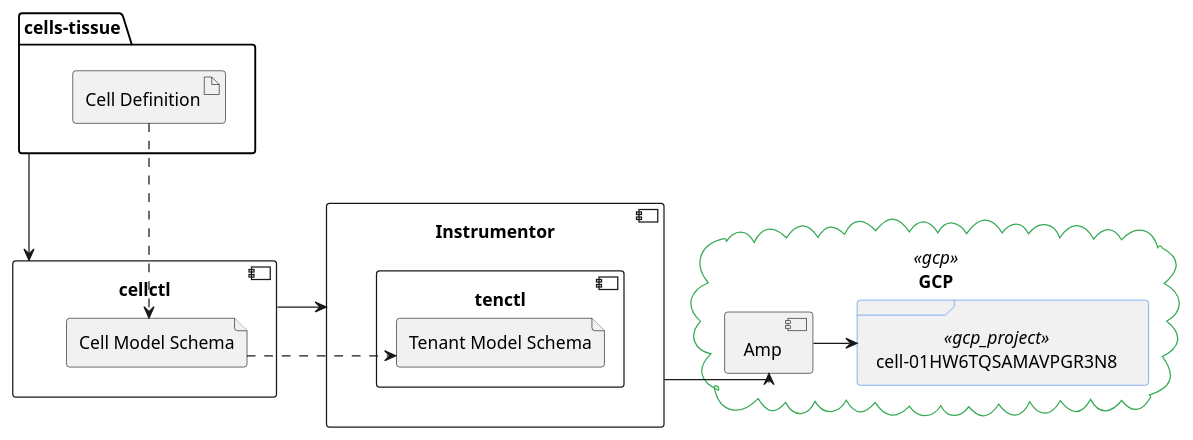
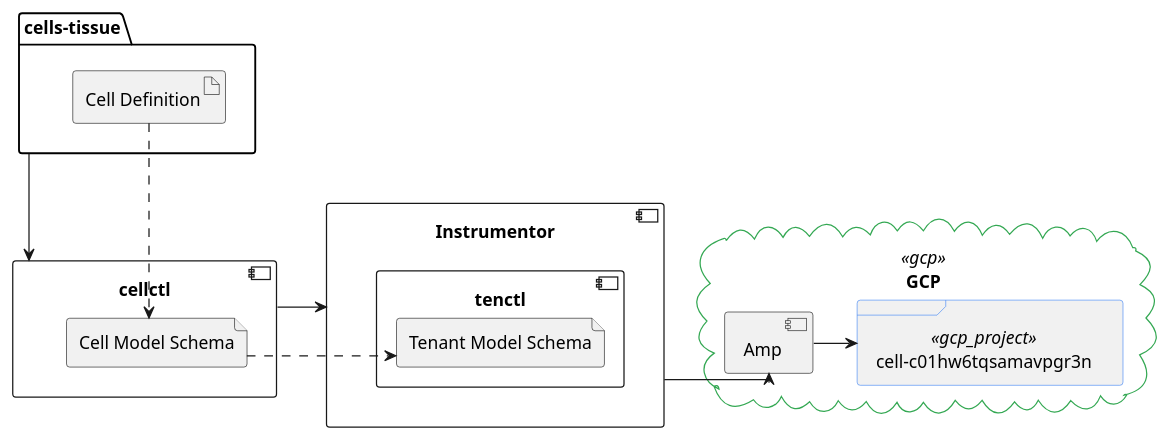
Before and after one commit to secretstartups/handbook: the third of 5 diagrams in content/handbook/engineering/architecture/design-documents/cells/infrastructure/cell_arch_tooling.md, drawn with PlantUML. The commit also changed other lines of this file, not shown here.

````diff
--- a/content/handbook/engineering/architecture/design-documents/cells/infrastructure/cell_arch_tooling.md
+++ b/content/handbook/engineering/architecture/design-documents/cells/infrastructure/cell_arch_tooling.md
@@ -366,43 +358,43 @@
 ```plantuml
 @startuml
 skinparam linetype polyline
 skinparam linetype ortho
 skinparam frame {
   borderColor<<gcp_project>> #4285F4
 }
 skinparam cloud {
   borderColor<<gcp>> #34A853
 }
 
 folder cells-tissue {
   artifact "Cell Definition" as celldef
 }
 
 component cellctl {
   file "Cell Model Schema" as cellmodel
 }
 
 "cells-tissue" -> cellctl
 celldef -.> cellmodel
 
 component Instrumentor as instrumentor {
   component tenctl {
     file "Tenant Model Schema" as dedicatedmodel
   }
 }
 
 cellctl -> instrumentor
 
 cloud GCP <<gcp>> {
   component Amp as amp
 
-  frame "cell-01HW6TQSAMAVPGR3N8" as cell <<gcp_project>>
+  frame "cell-c01hw6tqsamavpgr3n" as cell <<gcp_project>>
 
   cellmodel .r.> dedicatedmodel
 
   instrumentor -> amp
   amp -> cell
 }
 
 @enduml
 ```
````
